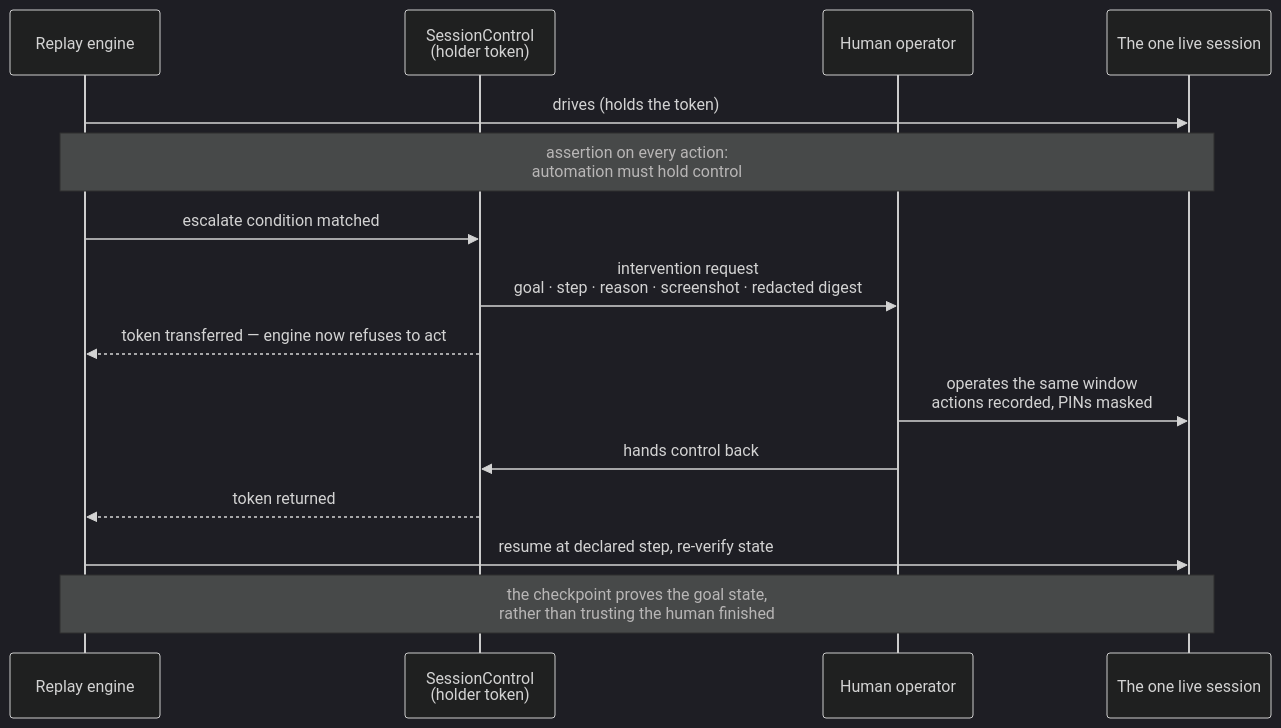
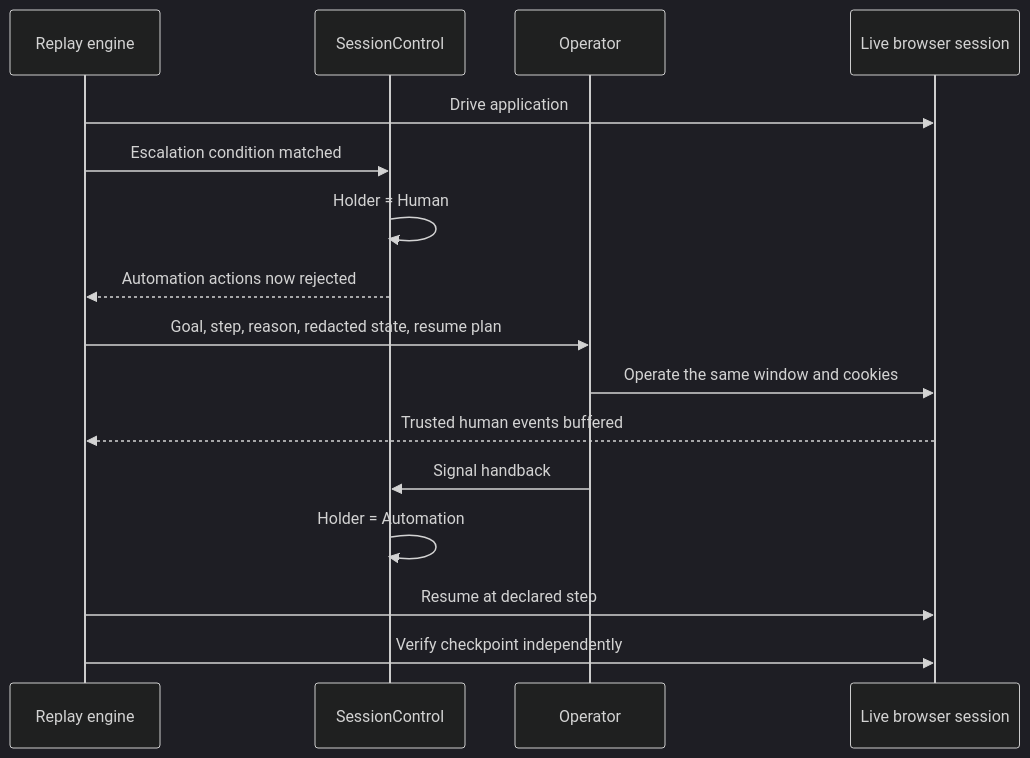
The tenth of 17 diagrams in docs/ARCHITECTURE.md (ssciri09/computer-use-automation-system), drawn with Mermaid (dark theme) before and after one commit. The commit also changed other lines of this file and 109 other files, not shown here.

````diff
--- a/docs/ARCHITECTURE.md
+++ b/docs/ARCHITECTURE.md
@@ -164,18 +242,19 @@
 ```mermaid
 sequenceDiagram
-    participant R as Replay engine
-    participant S as SessionControl<br/>(holder token)
-    participant O as Human operator
-    participant A as The one live session
+    participant E as Replay engine
+    participant C as SessionControl
+    participant O as Operator
+    participant S as Live browser session
 
-    R->>A: drives (holds the token)
-    Note over R,A: assertion on every action:<br/>automation must hold control
-    R->>S: escalate condition matched
-    S->>O: intervention request<br/>goal · step · reason · screenshot · redacted digest
-    S-->>R: token transferred — engine now refuses to act
-    O->>A: operates the same window<br/>actions recorded, PINs masked
-    O->>S: hands control back
-    S-->>R: token returned
-    R->>A: resume at declared step, re-verify state
-    Note over R,A: the checkpoint proves the goal state,<br/>rather than trusting the human finished
+    E->>S: Drive application
+    E->>C: Escalation condition matched
+    C->>C: Holder = Human
+    C-->>E: Automation actions now rejected
+    E->>O: Goal, step, reason, redacted state, resume plan
+    O->>S: Operate the same window and cookies
+    S-->>E: Trusted human events buffered
+    O->>C: Signal handback
+    C->>C: Holder = Automation
+    E->>S: Resume at declared step
+    E->>S: Verify checkpoint independently
 ```
````
